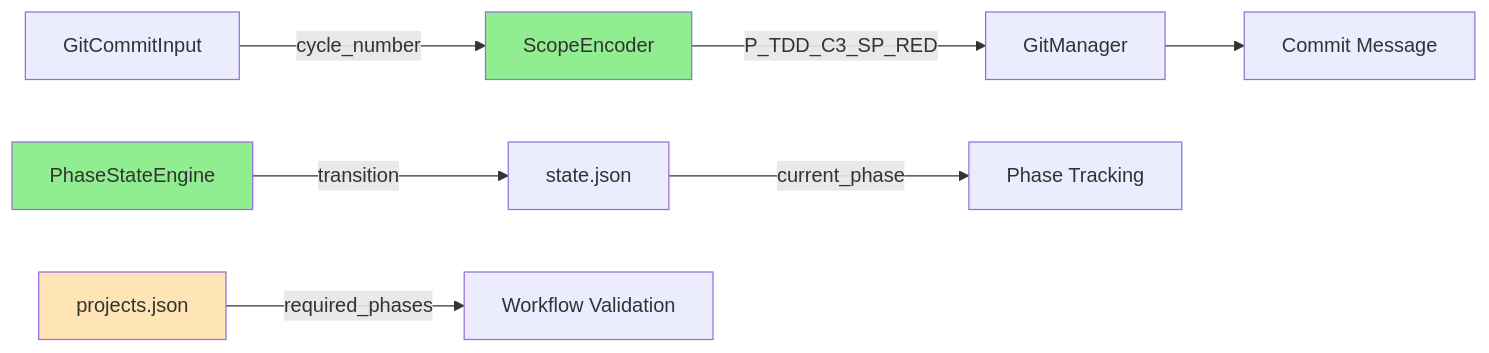
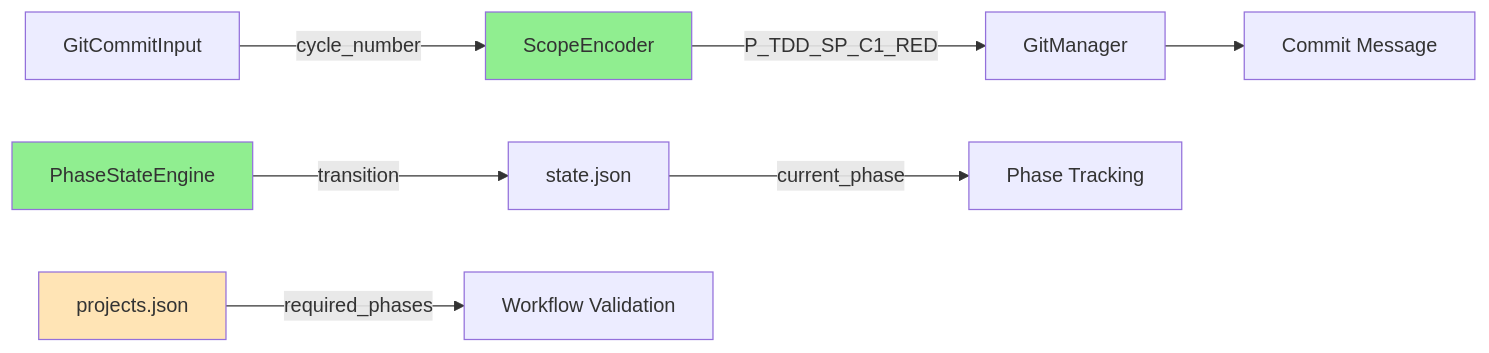
One commit to MikeyVK/S1mpleTraderV3 changed the first of 2 diagrams in docs/development/issue146/research.md. Above: the diagram before and after it, drawn with Mermaid. The commit also changed other lines of this file, not shown here.

````diff
--- a/docs/development/issue146/research.md
+++ b/docs/development/issue146/research.md
@@ -66,15 +66,15 @@
 ```mermaid
 graph LR
     A[GitCommitInput] -->|cycle_number| B[ScopeEncoder]
-    B -->|P_TDD_C3_SP_RED| C[GitManager]
+    B -->|P_TDD_SP_C1_RED| C[GitManager]
     C --> D[Commit Message]
     
     E[PhaseStateEngine] -->|transition| F[state.json]
     F -->|current_phase| G[Phase Tracking]
     
     H[projects.json] -->|required_phases| I[Workflow Validation]
     
     style B fill:#90EE90
     style E fill:#90EE90
     style H fill:#FFE4B5
 ```
````
